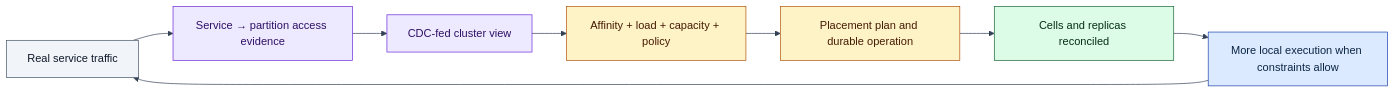
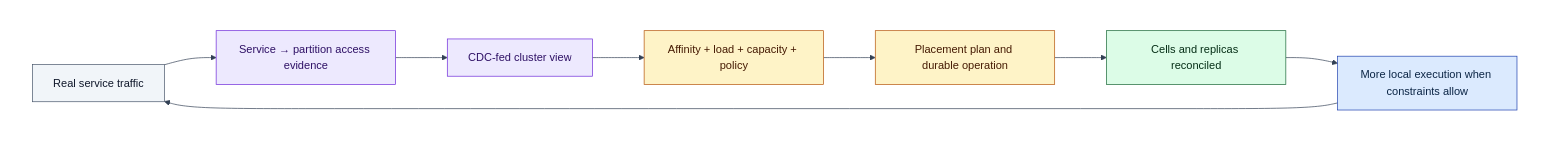
One commit to psvensson/lagrange changed the eighth of 9 diagrams in architecture/system-model.md. Above: the diagram before and after it, drawn with Mermaid. The commit also changed other lines of this file and 3 other files, not shown here.

Commit message:
Draw explicit white Mermaid canvases

````diff
--- a/architecture/system-model.md
+++ b/architecture/system-model.md
@@ -324,17 +350,21 @@
 ```mermaid
-%%{init: {'theme':'base','darkMode':false,'themeCSS':'svg { background-color: #ffffff !important; }','themeVariables':{'background':'#ffffff','clusterBkg':'#ffffff','clusterBorder':'#94a3b8','edgeLabelBackground':'#ffffff','lineColor':'#334155','textColor':'#0f172a'}}}%%
+%%{init: {'theme':'base','darkMode':false,'themeVariables':{'background':'#ffffff','clusterBkg':'#ffffff','clusterBorder':'#94a3b8','edgeLabelBackground':'#ffffff','lineColor':'#334155','textColor':'#0f172a'}}}%%
 flowchart LR
-  TRAFFIC["Real service traffic"]:::ext --> OBS["Service → partition access evidence"]:::move
-  OBS --> CACHE["CDC-fed cluster view"]:::move
-  CACHE --> SCORE["Affinity + load + capacity + policy"]:::ctrl
-  SCORE --> PLAN["Placement plan and durable operation"]:::ctrl
-  PLAN --> PLACE["Cells and replicas reconciled"]:::svc
-  PLACE --> LOCAL["More local execution when constraints allow"]:::data
-  LOCAL --> TRAFFIC
+  subgraph CANVAS[" "]
+    direction LR
+    TRAFFIC["Real service traffic"]:::ext --> OBS["Service → partition access evidence"]:::move
+    OBS --> CACHE["CDC-fed cluster view"]:::move
+    CACHE --> SCORE["Affinity + load + capacity + policy"]:::ctrl
+    SCORE --> PLAN["Placement plan and durable operation"]:::ctrl
+    PLAN --> PLACE["Cells and replicas reconciled"]:::svc
+    PLACE --> LOCAL["More local execution when constraints allow"]:::data
+    LOCAL --> TRAFFIC
+  end
 
+  style CANVAS fill:#ffffff,stroke:#ffffff,color:#0f172a
   classDef data fill:#dbeafe,stroke:#1e40af,color:#0b2545
   classDef svc fill:#dcfce7,stroke:#166534,color:#052e16
   classDef ctrl fill:#fef3c7,stroke:#b45309,color:#451a03
   classDef move fill:#ede9fe,stroke:#6d28d9,color:#2e1065
   classDef ext fill:#f1f5f9,stroke:#475569,color:#0f172a
 ```
````
